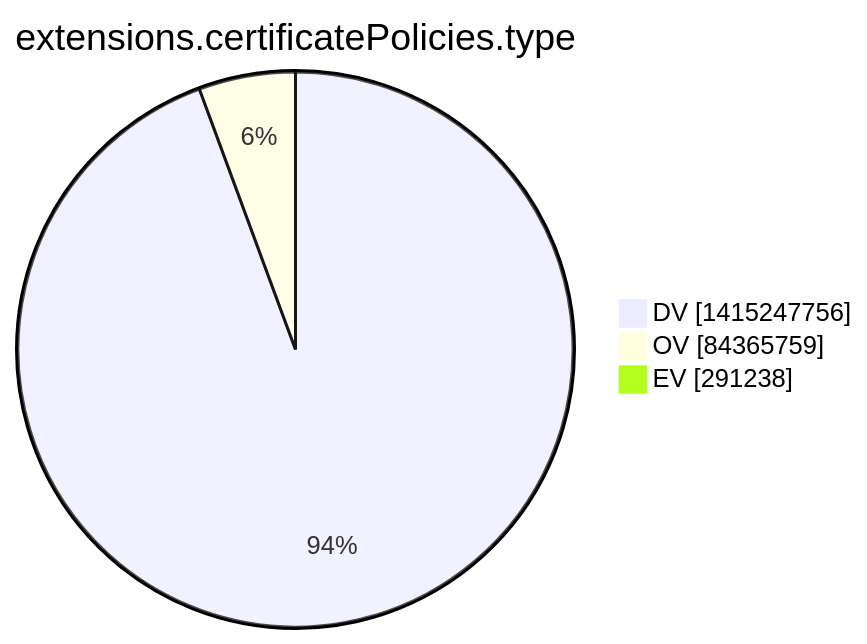
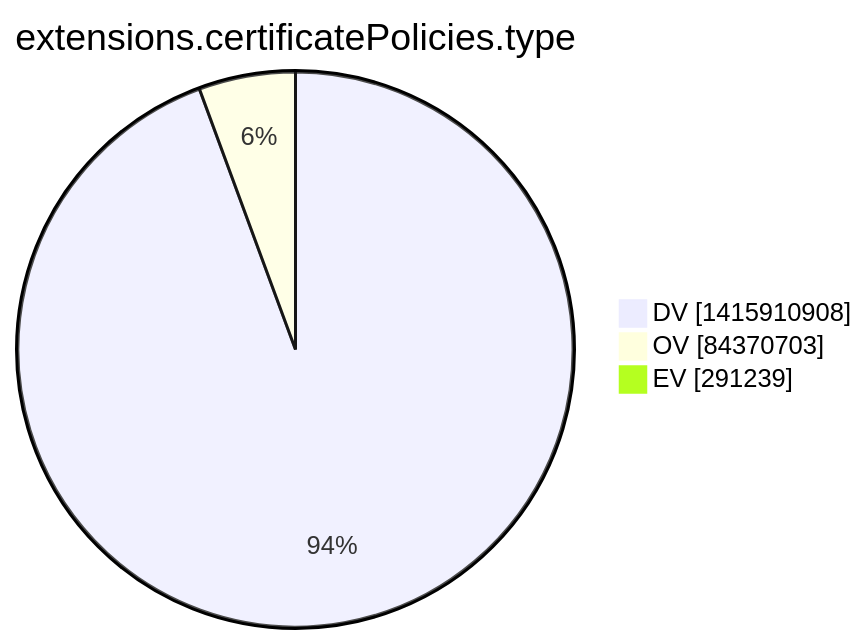
The tenth of 15 diagrams in argon2022/README.md (christiankrug/ctmonitor_visualization), drawn with Mermaid before and after one commit. The commit also changed other lines of this file, not shown here.

````diff
--- a/argon2022/README.md
+++ b/argon2022/README.md
@@ -2773,7 +2773,7 @@
 ```mermaid
 pie showData
 title extensions.certificatePolicies.type
-"DV" :1415247756
-"OV" :84365759
-"EV" :291238
+"DV" :1415910908
+"OV" :84370703
+"EV" :291239
 ```
````
